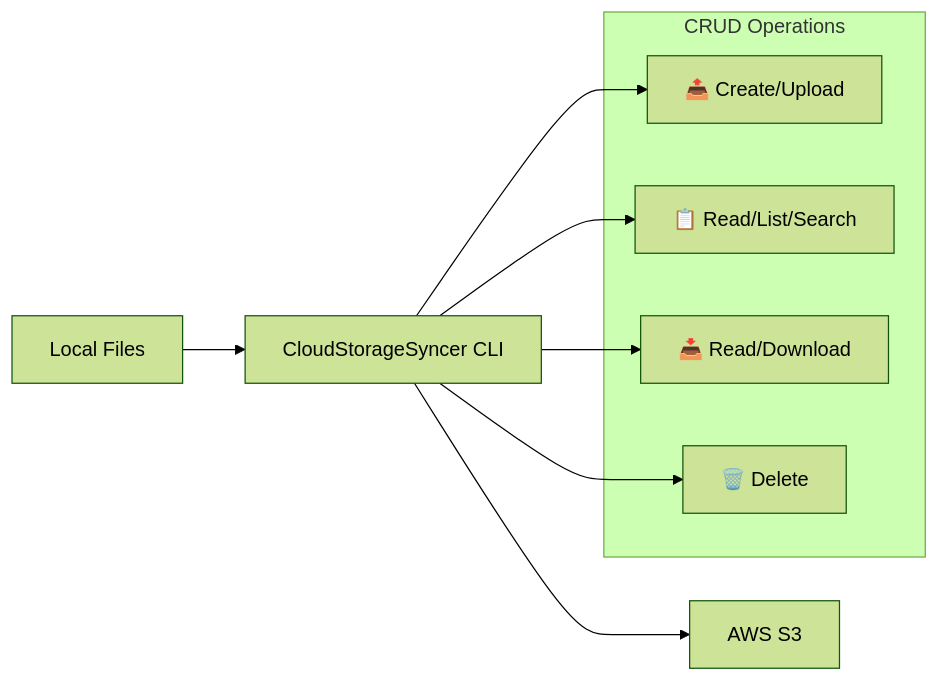
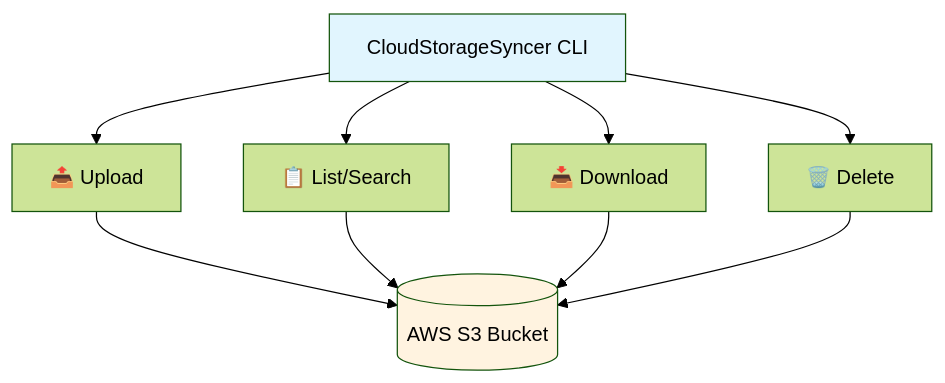
Before and after one commit to FATESAIKOU/CloudStorageSyncer: the first of 2 diagrams in README.md, drawn with Mermaid (forest theme). The commit also changed other lines of this file, not shown here.

````diff
--- a/README.md
+++ b/README.md
@@ -7,17 +7,15 @@
 ```mermaid
-graph LR
-    A[Local Files] --> B[CloudStorageSyncer CLI]
-    B --> C[AWS S3]
+flowchart TD
+    CLI[CloudStorageSyncer CLI] --> Upload[📤 Upload]
+    CLI --> List[📋 List/Search]
+    CLI --> Download[📥 Download]
+    CLI --> Delete[🗑️ Delete]
 
-    subgraph "CRUD Operations"
-        D[📤 Create/Upload]
-        E[📋 Read/List/Search]
-        F[📥 Read/Download]
-        G[🗑️ Delete]
-    end
+    Upload --> S3[(AWS S3 Bucket)]
+    List --> S3
+    Download --> S3
+    Delete --> S3
 
-    B --> D
-    B --> E
-    B --> F
-    B --> G
+    style CLI fill:#e1f5fe
+    style S3 fill:#fff3e0
 ```
````
